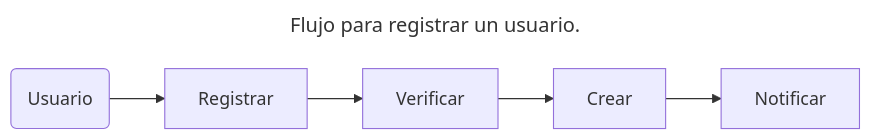
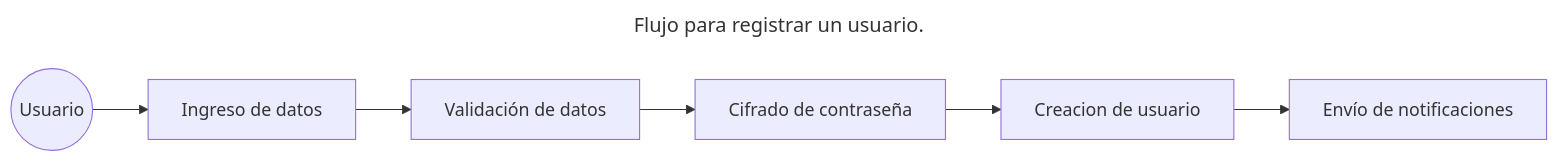
The first of 3 diagrams in pages/draft/post-draft.md (urrestarazu-alejandro/memo-backend), drawn with Mermaid before and after one commit. The commit also changed other lines of this file, not shown here.

First line of the commit message:
draft: casos de uso modifico diagrama de clases

````diff
--- a/pages/draft/post-draft.md
+++ b/pages/draft/post-draft.md
@@ -65,10 +101,11 @@
 ```mermaid
 ---
 title: Flujo para registrar un usuario.
 ---
-graph LR
-    A(Usuario) --> B[Registrar]
-    B --> C[Verificar]
-    C --> D[Crear]
-    D --> E[Notificar]
+flowchart LR
+    A((Usuario)) --> B[Ingreso de datos]
+    B --> C[Validación de datos]
+    C --> D[Cifrado de contraseña]
+    D --> E[Creacion de usuario]
+    E --> F[Envío de notificaciones]
 ```
````
